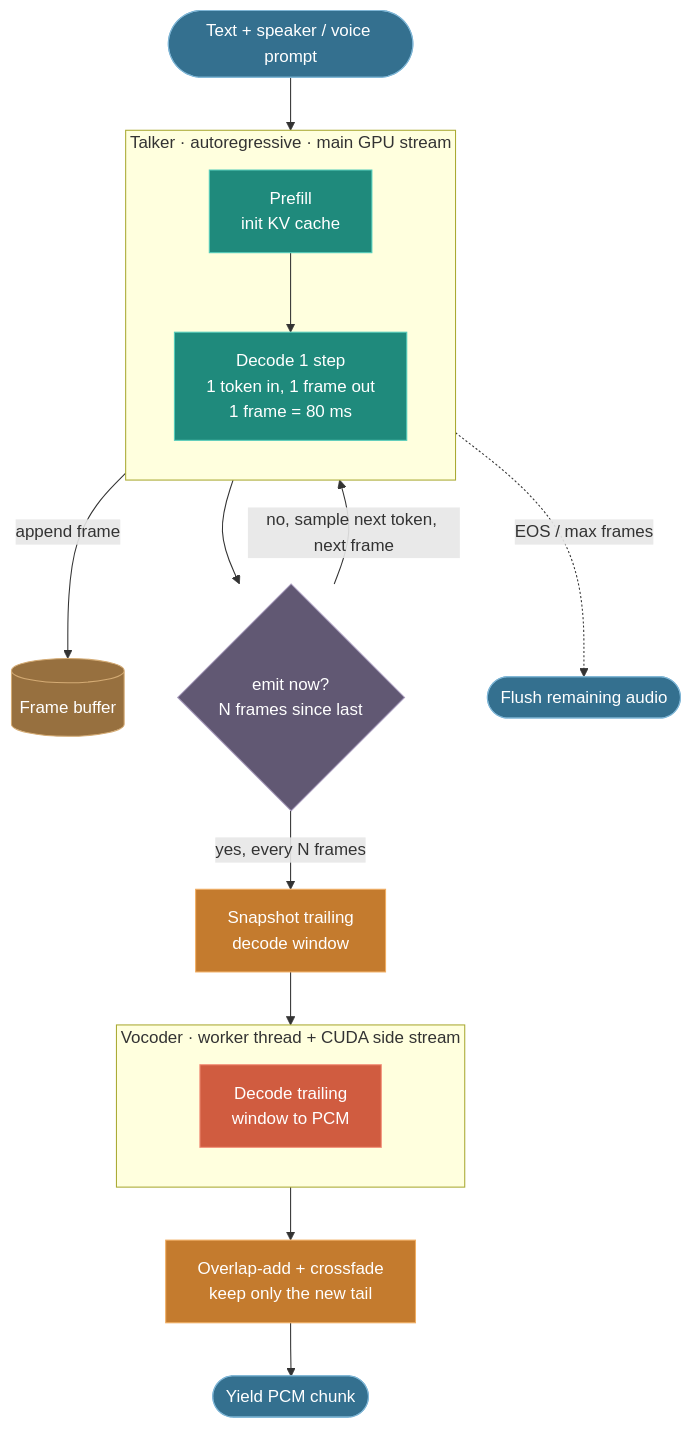
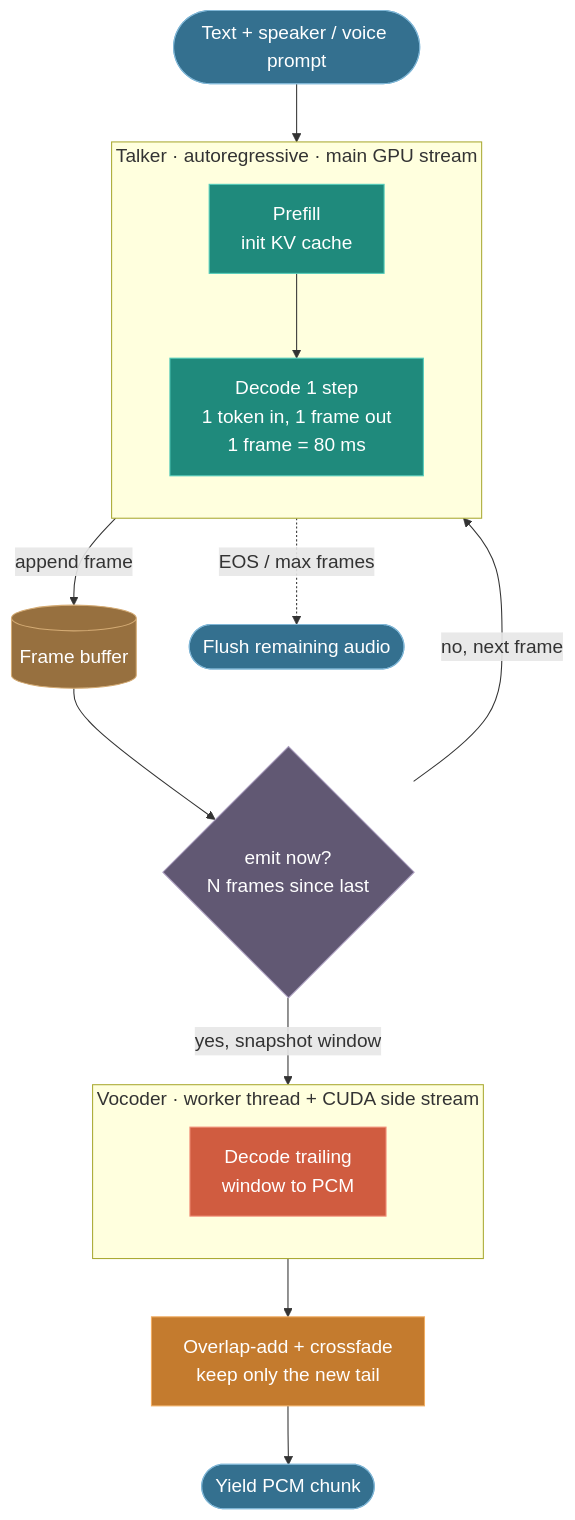
One commit to jayng9663/blog changed the first of 5 diagrams in content/post/coding/qwen3-tts-streaming/index.md. Above: the diagram before and after it, drawn with Mermaid. The commit also changed other lines of this file and 1 other file, not shown here.

````diff
--- a/content/post/coding/qwen3-tts-streaming/index.md
+++ b/content/post/coding/qwen3-tts-streaming/index.md
@@ -66,39 +66,38 @@
 ```mermaid
+%%{init: {"flowchart": {"nodeSpacing": 50, "rankSpacing": 55}, "themeVariables": {"fontSize": "18px"}}}%%
 flowchart TB
     subgraph TALK["Talker · autoregressive · main GPU stream"]
         direction TB
         PF[Prefill\ninit KV cache]:::talk
         STEP[Decode 1 step\n1 token in, 1 frame out\n1 frame = 80 ms]:::talk
         PF --> STEP
     end
 
     subgraph VOC["Vocoder · worker thread + CUDA side stream"]
         direction TB
         DEC[Decode trailing\nwindow to PCM]:::voc
     end
 
     IN([Text + speaker / voice prompt]):::io
     BUF[(Frame buffer)]:::buf
     GATE{emit now?\nN frames since last}:::gate
-    SNAP[Snapshot trailing\ndecode window]:::mix
     OA[Overlap-add + crossfade\nkeep only the new tail]:::mix
     OUT([Yield PCM chunk]):::io
     FLUSH([Flush remaining audio]):::io
 
     IN --> PF
     STEP -->|append frame| BUF
     STEP -. EOS / max frames .-> FLUSH
-    STEP --> GATE
-    GATE -->|no, sample next token, next frame| STEP
-    GATE -->|yes, every N frames| SNAP
-    SNAP --> DEC
+    BUF --> GATE
+    GATE -->|no, next frame| STEP
+    GATE -->|yes, snapshot window| DEC
     DEC --> OA
     OA --> OUT
 
     classDef io fill:#34708f,stroke:#7fb6d6,color:#fff
     classDef talk fill:#1f8a7c,stroke:#54cdbb,color:#fff
     classDef voc fill:#d05c40,stroke:#f3937c,color:#fff
     classDef buf fill:#97703f,stroke:#d4ab74,color:#fff
     classDef mix fill:#c47b2e,stroke:#f0ad62,color:#fff
     classDef gate fill:#615873,stroke:#a89bbd,color:#fff
 ```
````
